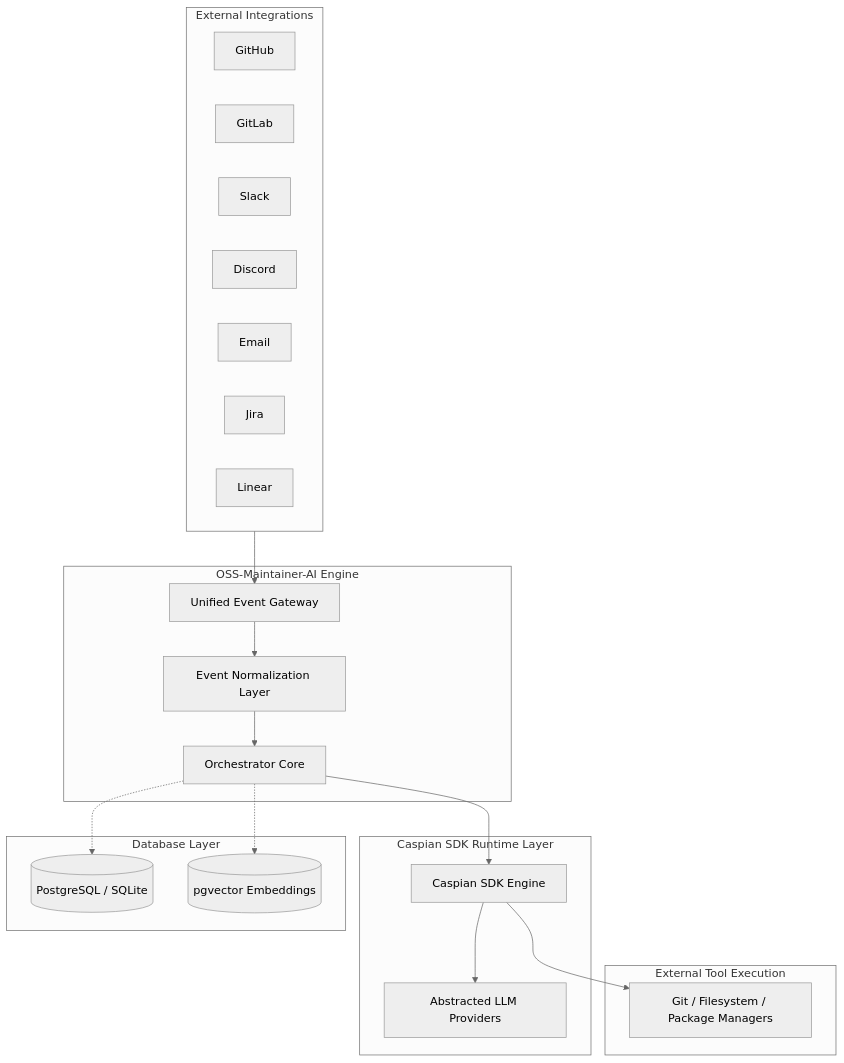
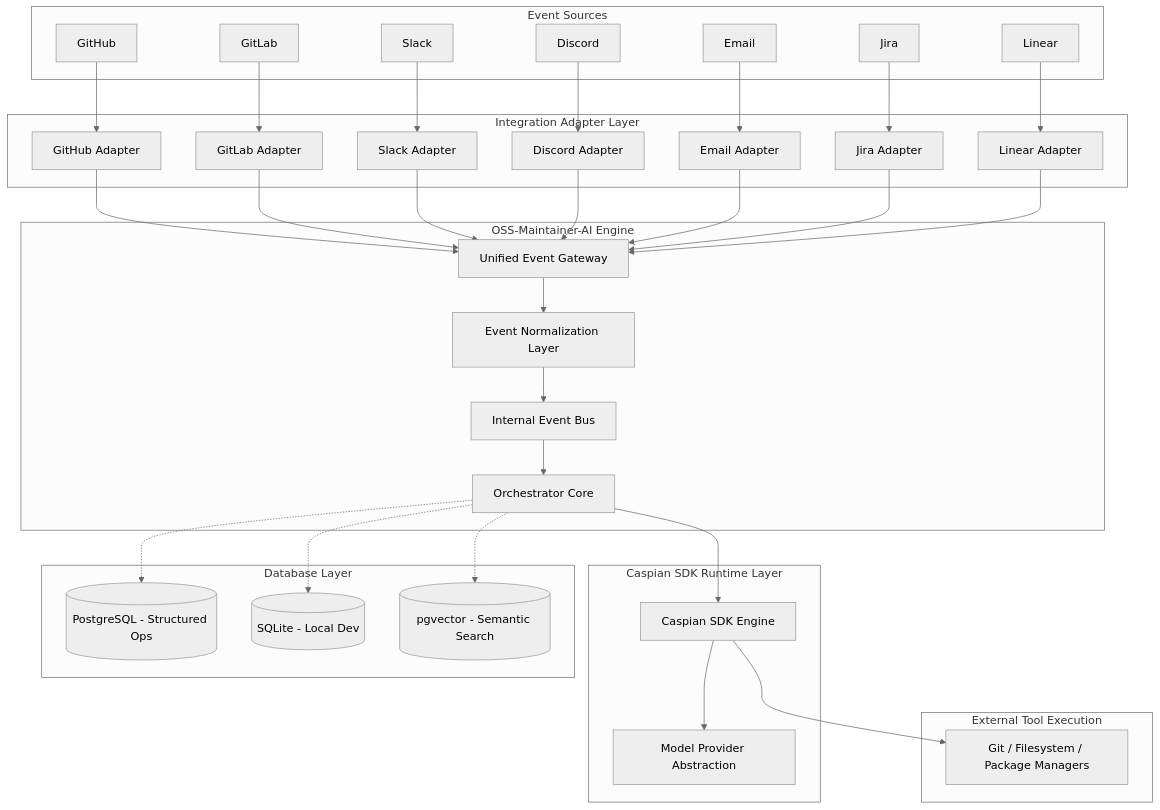
One commit to darkraider01/OSS-Maintainer-AI changed the first of 2 diagrams in README.md. Above: the diagram before and after it, drawn with Mermaid (neutral theme). The commit also changed other lines of this file, not shown here.

Commit message:
docs(repo): refine architecture diagram with adapter layer, event bus, context building logic, and execution states

````diff
--- a/README.md
+++ b/README.md
@@ -54,35 +54,68 @@
 ```mermaid
 graph TD
-    subgraph Platforms [External Integrations]
+    subgraph Platforms [Event Sources]
         GH[GitHub]
         GL[GitLab]
         SL[Slack]
         DC[Discord]
         EM[Email]
         JR[Jira]
         LN[Linear]
     end
 
+    subgraph Adapters [Integration Adapter Layer]
+        GHA[GitHub Adapter]
+        GLA[GitLab Adapter]
+        SLA[Slack Adapter]
+        DCA[Discord Adapter]
+        EMA[Email Adapter]
+        JRA[Jira Adapter]
+        LNA[Linear Adapter]
+    end
+
     subgraph Core [OSS-Maintainer-AI Engine]
-        GW[Unified Event Gateway] --> EN[Event Normalization Layer]
-        EN --> OR[Orchestrator Core]
+        GW[Unified Event Gateway]
+        EN[Event Normalization Layer]
+        BUS[Internal Event Bus]
+        OR[Orchestrator Core]
+        
+        GW --> EN
+        EN --> BUS
+        BUS --> OR
     end
 
     subgraph Runtime [Caspian SDK Runtime Layer]
         OR --> SDK[Caspian SDK Engine]
-        SDK --> LLM[Abstracted LLM Providers]
+        SDK --> LLM[Model Provider Abstraction]
     end
 
     subgraph Tooling [External Tool Execution]
         SDK --> Tools[Git / Filesystem / Package Managers]
     end
 
     subgraph Persistence [Database Layer]
-        DB[(PostgreSQL / SQLite)]
-        VEC[(pgvector Embeddings)]
+        DB[(PostgreSQL - Structured Ops)]
+        DEV[(SQLite - Local Dev)]
+        VEC[(pgvector - Semantic Search)]
     end
 
-    Platforms --> GW
+    GH --> GHA
+    GL --> GLA
+    SL --> SLA
+    DC --> DCA
+    EM --> EMA
+    JR --> JRA
+    LN --> LNA
+
+    GHA --> GW
+    GLA --> GW
+    SLA --> GW
+    DCA --> GW
+    EMA --> GW
+    JRA --> GW
+    LNA --> GW
+
     OR -.-> DB
+    OR -.-> DEV
     OR -.-> VEC
 ```
````
